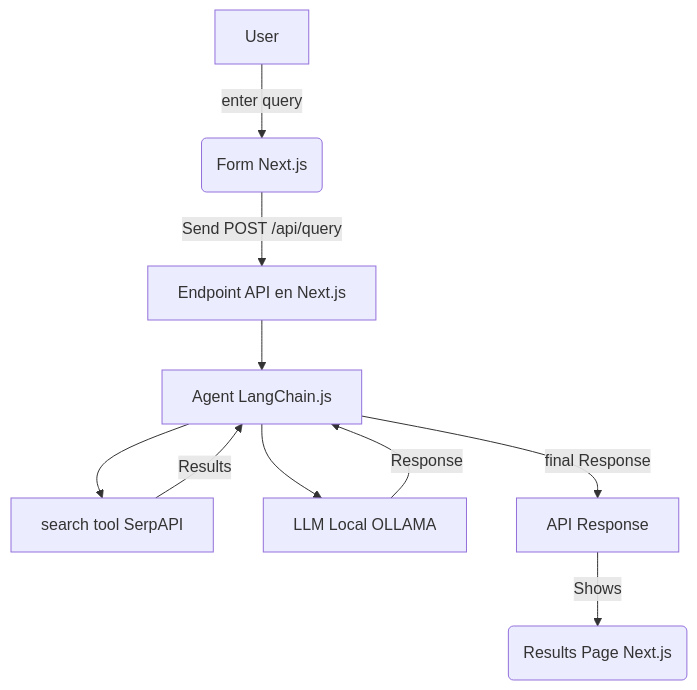
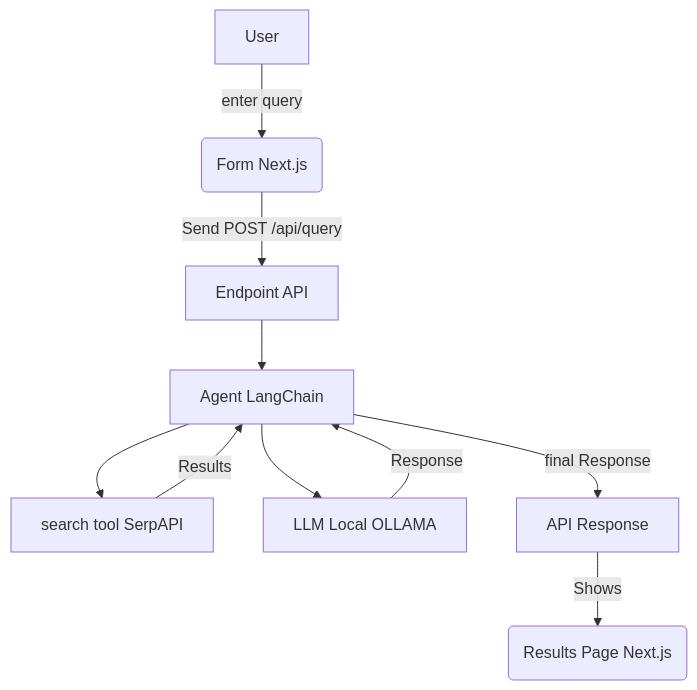
One commit to JoacoPeralta99/Mavin-Challenge changed the first of 2 diagrams in README.md. Above: the diagram before and after it, drawn with Mermaid. The commit also changed other lines of this file, not shown here.

````diff
--- a/README.md
+++ b/README.md
@@ -208,12 +219,12 @@
 ```mermaid
 graph TD
     A[User] -->|enter query| B(Form Next.js)
-    B -->|Send POST /api/query| C[Endpoint API en Next.js]
-    C --> D[Agent LangChain.js]
+    B -->|Send POST /api/query| C[Endpoint API]
+    C --> D[Agent LangChain]
     D --> E[search tool SerpAPI]
     D --> F[LLM Local OLLAMA]
     E -- Results --> D
     F -- Response --> D
     D -->|final Response| G[API Response]
     G -->|Shows| H(Results Page Next.js)
 ```
````
